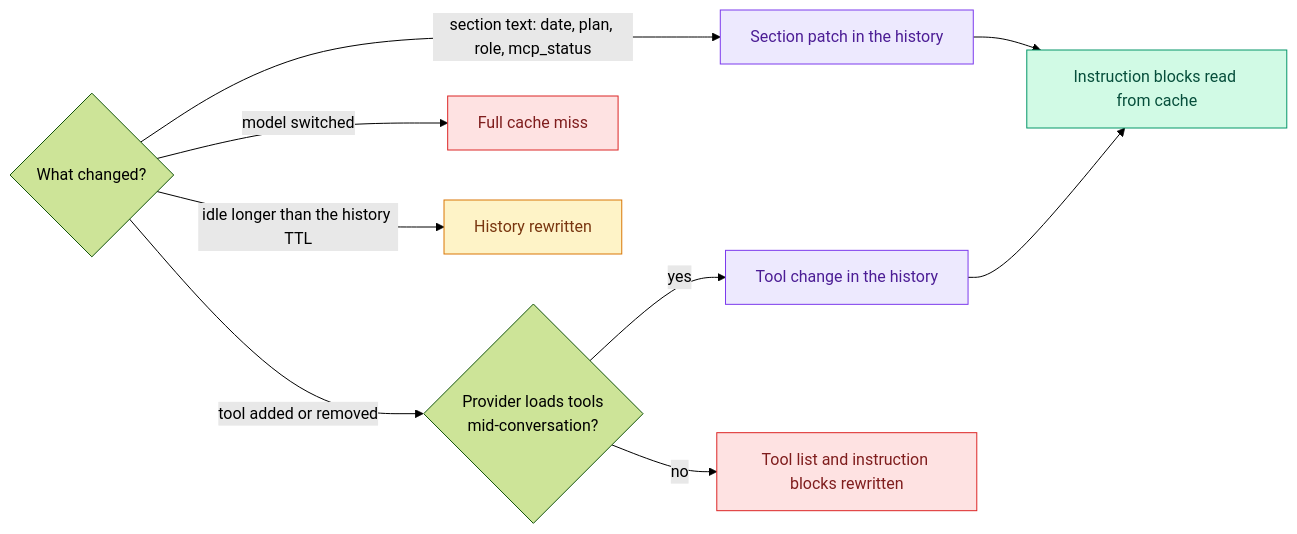
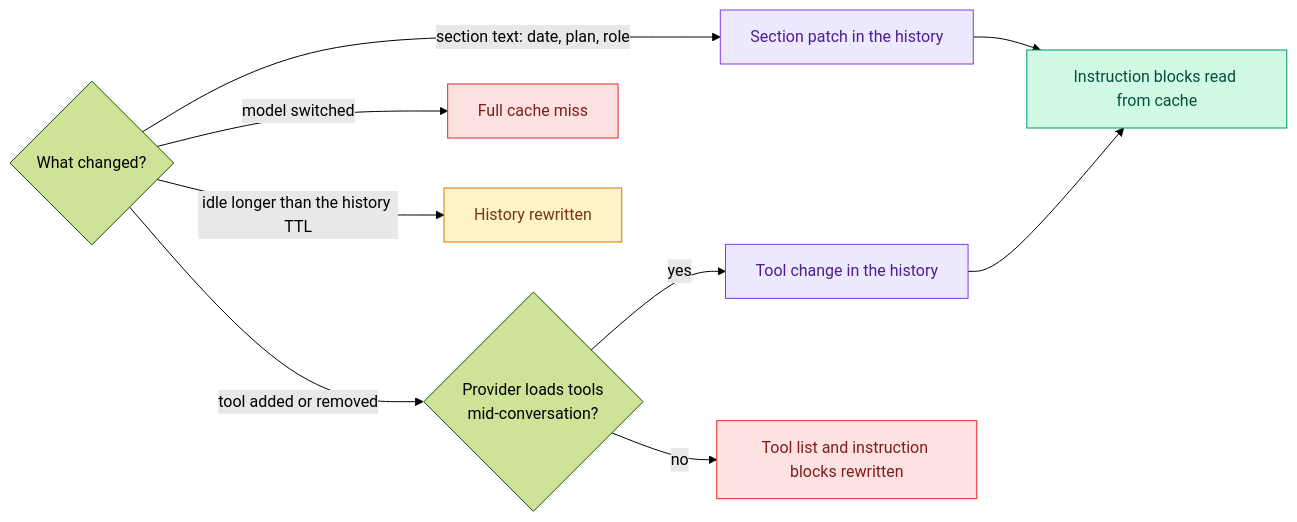
Before and after one commit to bgauryy/octocode-coding-agent: the second of 7 diagrams in docs/CONTEXT.md, drawn with Mermaid (forest theme). The commit also changed other lines of this file and 1535 other files, not shown here.

````diff
--- a/docs/CONTEXT.md
+++ b/docs/CONTEXT.md
@@ -63,21 +63,21 @@
 ```mermaid
 flowchart LR
     Q{"What changed?"}
-    Q -->|"section text: date, plan, role, mcp_status"| SU["Section patch in the history"]
+    Q -->|"section text: date, plan, role"| SU["Section patch in the history"]
     Q -->|"tool added or removed"| TA{"Provider loads tools<br/>mid-conversation?"}
     Q -->|"model switched"| MS["Full cache miss"]
     Q -->|"idle longer than the history TTL"| IG["History rewritten"]
     TA -->|"yes"| TAM["Tool change in the history"]
     TA -->|"no"| TR["Tool list and instruction blocks rewritten"]
     SU --> OK["Instruction blocks read from cache"]
     TAM --> OK
 
     classDef upd fill:#ede9fe,stroke:#7c3aed,color:#4c1d95
     classDef ok fill:#d1fae5,stroke:#059669,color:#064e3b
     classDef bad fill:#fee2e2,stroke:#dc2626,color:#7f1d1d
     classDef hist fill:#fef3c7,stroke:#d97706,color:#78350f
     class SU,TAM upd
     class OK ok
     class TR,MS bad
     class IG hist
 ```
````
